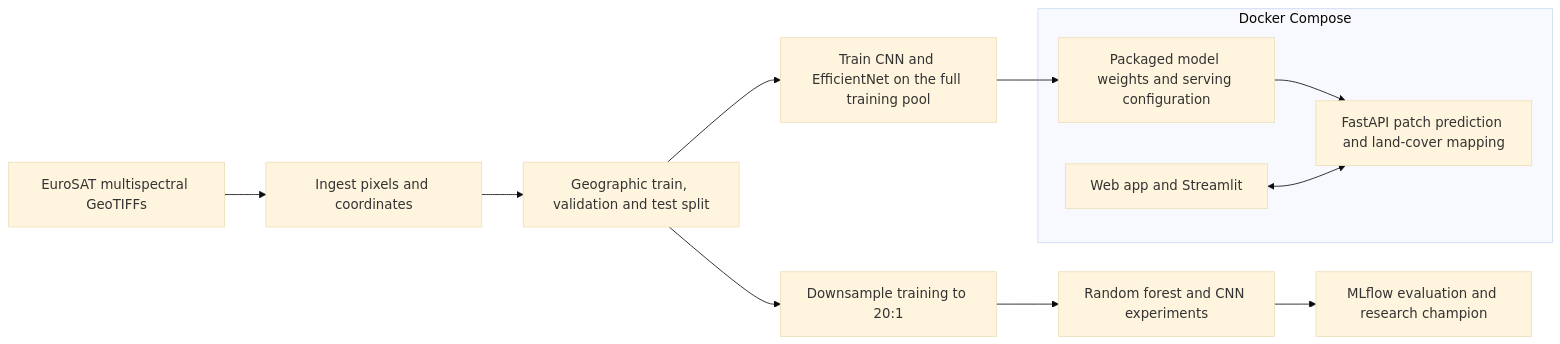
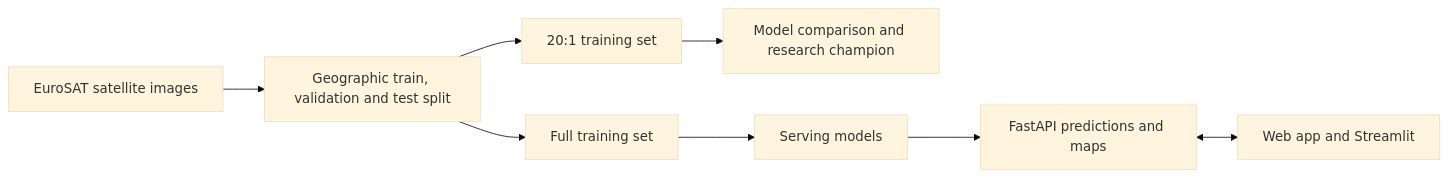
The diagram in README.md (kipronopato/EuroSAT_LULC_Capstone), drawn with Mermaid (base theme) before and after one commit. The commit also changed other lines of this file, not shown here.

````diff
--- a/README.md
+++ b/README.md
@@ -35,14 +33,10 @@
 ```mermaid
 flowchart LR
-  A["EuroSAT multispectral GeoTIFFs"] --> B["Ingest pixels and coordinates"]
-  B --> C["Geographic train, validation and test split"]
-  C --> D["Downsample training to 20:1"]
-  D --> E["Random forest and CNN experiments"]
-  E --> F["MLflow evaluation and research champion"]
-  C --> G["Train CNN and EfficientNet on the full training pool"]
-  G --> H["Packaged model weights and serving configuration"]
-  subgraph Compose["Docker Compose"]
-    H --> I["FastAPI patch prediction and land-cover mapping"]
-    J["Web app and Streamlit"] <--> I
-  end
+  A["EuroSAT satellite images"] --> B["Geographic train, validation and test split"]
+  B --> C["20:1 training set"]
+  C --> D["Model comparison and research champion"]
+  B --> E["Full training set"]
+  E --> F["Serving models"]
+  F --> G["FastAPI predictions and maps"]
+  G <--> H["Web app and Streamlit"]
 ```
````
